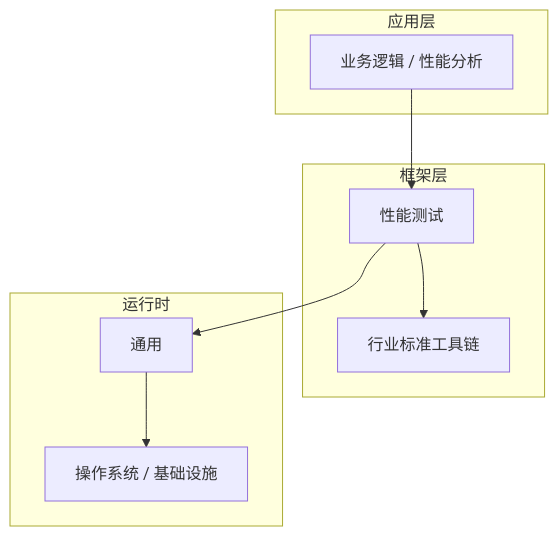
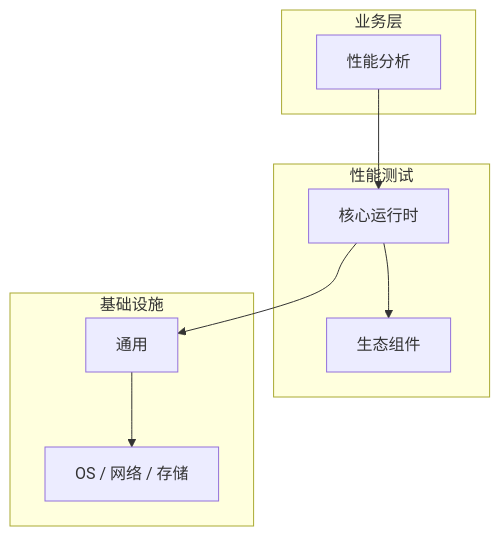
One commit to yanggan2015/knowledge-json-v2 changed the diagram in articles/性能测试/chapters/057-性能分析核心概念与原理.md. Above: the diagram before and after it, drawn with Mermaid. The commit also changed other lines of this file and 10127 other files, not shown here.

````diff
--- a/articles/性能测试/chapters/057-性能分析核心概念与原理.md
+++ b/articles/性能测试/chapters/057-性能分析核心概念与原理.md
@@ -45,18 +34,18 @@
 ```mermaid
 graph TB
-    subgraph 应用层
-        A[业务逻辑 / 性能分析]
+    subgraph 业务层
+        A[性能分析]
     end
-    subgraph 框架层
-        B[性能测试]
-        C[行业标准工具链]
+    subgraph 性能测试
+        B[核心运行时]
+        C[生态组件]
     end
-    subgraph 运行时
+    subgraph 基础设施
         D[通用]
-        E[操作系统 / 基础设施]
+        E[OS / 网络 / 存储]
     end
     A --> B
     B --> C
     B --> D
     D --> E
 ```
````
